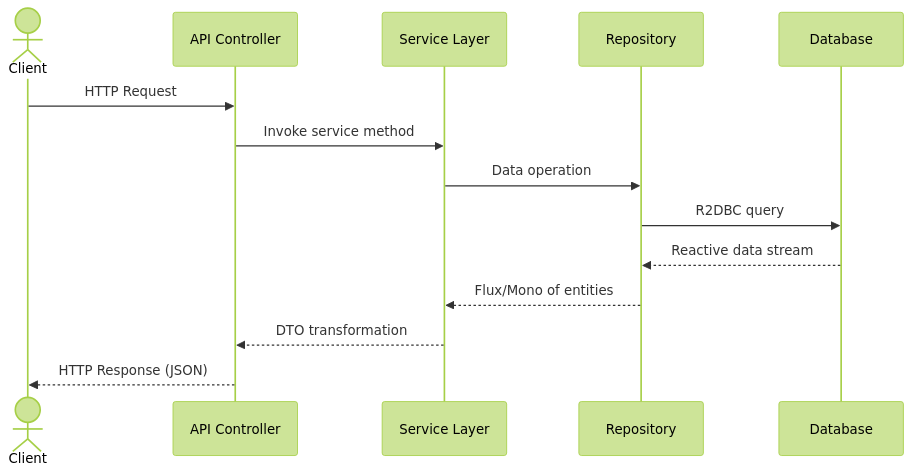
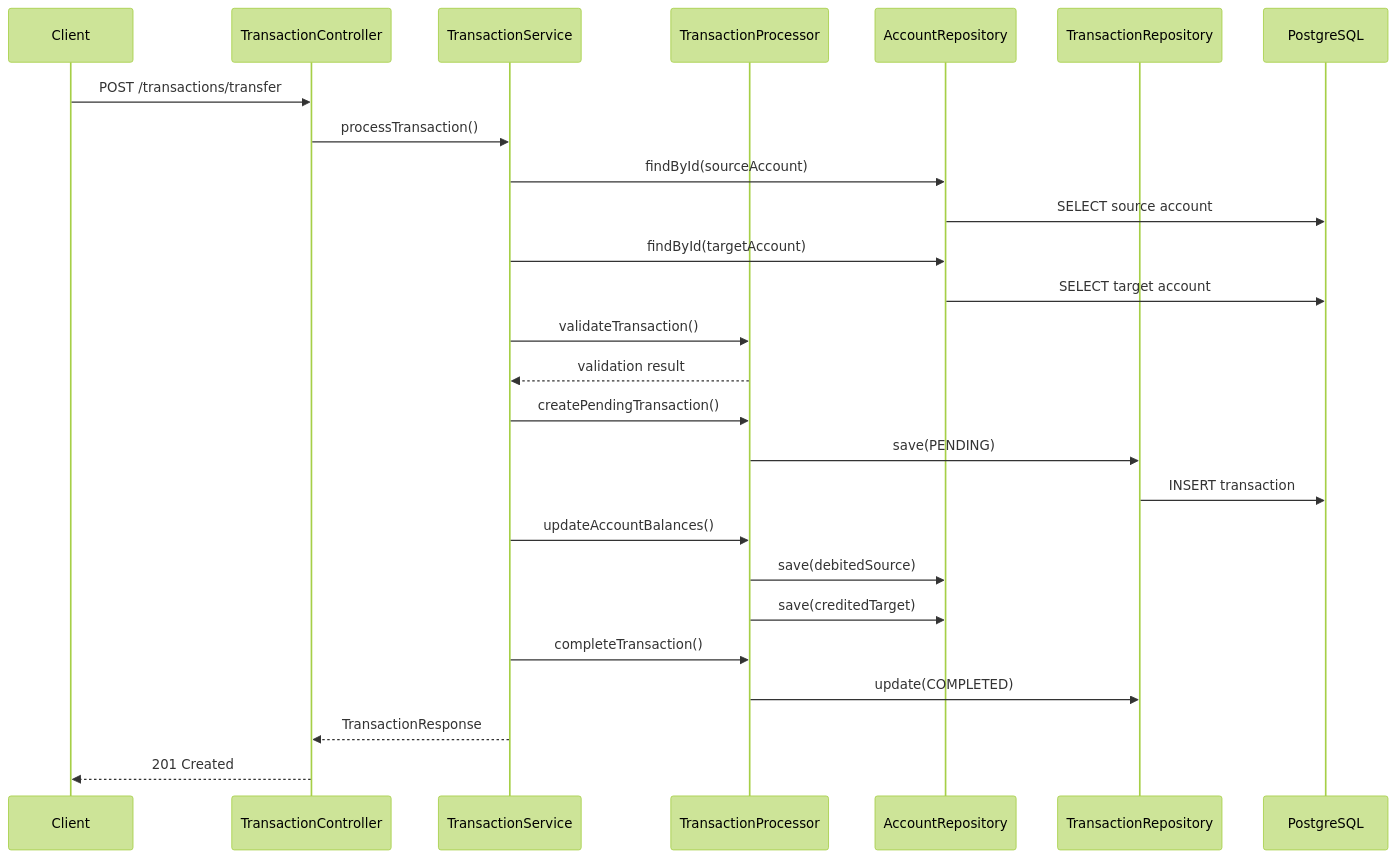
Before and after one commit to mamrakm/minibank: the third of 3 diagrams in README.md, drawn with Mermaid (forest theme). The commit also changed other lines of this file and 1 other file, not shown here.

Commit message:
docs: enhance README with updated architecture, domain model, and usage examples

````diff
--- a/README.md
+++ b/README.md
@@ -104,17 +247,29 @@
 ```mermaid
 sequenceDiagram
-   actor Client
-   participant API as API Controller
-   participant Service as Service Layer
-   participant Repo as Repository
-   participant DB as Database
+    participant Client
+    participant API as TransactionController
+    participant Service as TransactionService
+    participant Processor as TransactionProcessor
+    participant AccountRepo as AccountRepository
+    participant TransactionRepo as TransactionRepository
+    participant DB as PostgreSQL
 
-   Client->>API: HTTP Request
-   API->>Service: Invoke service method
-   Service->>Repo: Data operation
-   Repo->>DB: R2DBC query
-   DB-->>Repo: Reactive data stream
-   Repo-->>Service: Flux/Mono of entities
-   Service-->>API: DTO transformation
-   API-->>Client: HTTP Response (JSON)
+    Client->>API: POST /transactions/transfer
+    API->>Service: processTransaction()
+    Service->>AccountRepo: findById(sourceAccount)
+    AccountRepo->>DB: SELECT source account
+    Service->>AccountRepo: findById(targetAccount)
+    AccountRepo->>DB: SELECT target account
+    Service->>Processor: validateTransaction()
+    Processor-->>Service: validation result
+    Service->>Processor: createPendingTransaction()
+    Processor->>TransactionRepo: save(PENDING)
+    TransactionRepo->>DB: INSERT transaction
+    Service->>Processor: updateAccountBalances()
+    Processor->>AccountRepo: save(debitedSource)
+    Processor->>AccountRepo: save(creditedTarget)
+    Service->>Processor: completeTransaction()
+    Processor->>TransactionRepo: update(COMPLETED)
+    Service-->>API: TransactionResponse
+    API-->>Client: 201 Created
 ```
````
